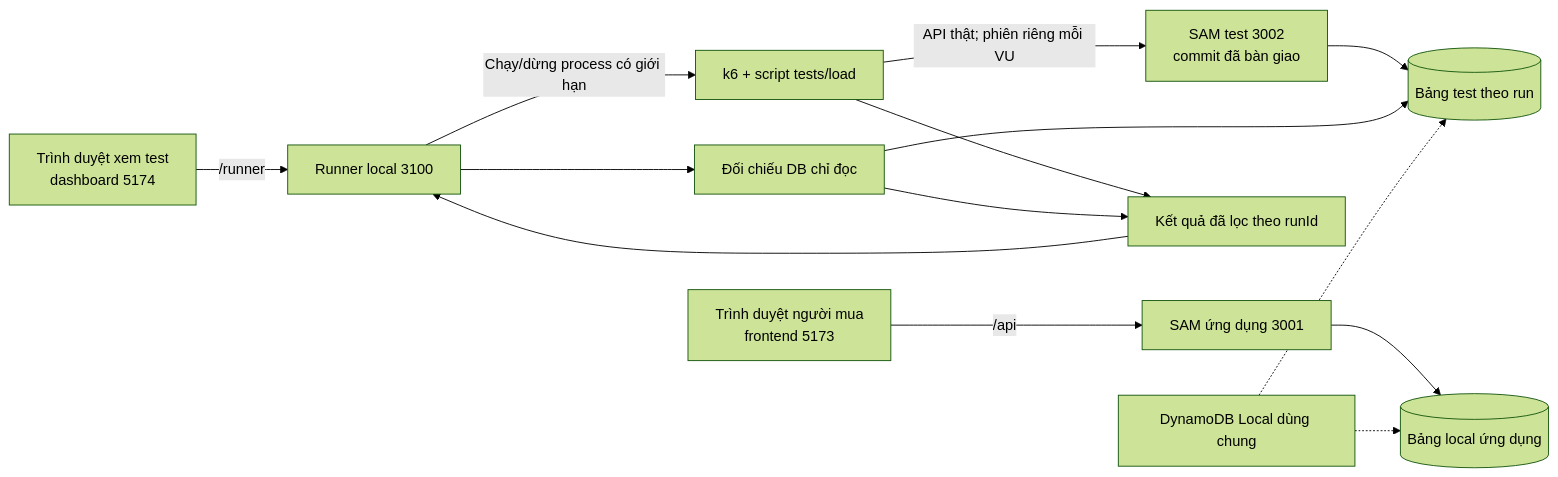
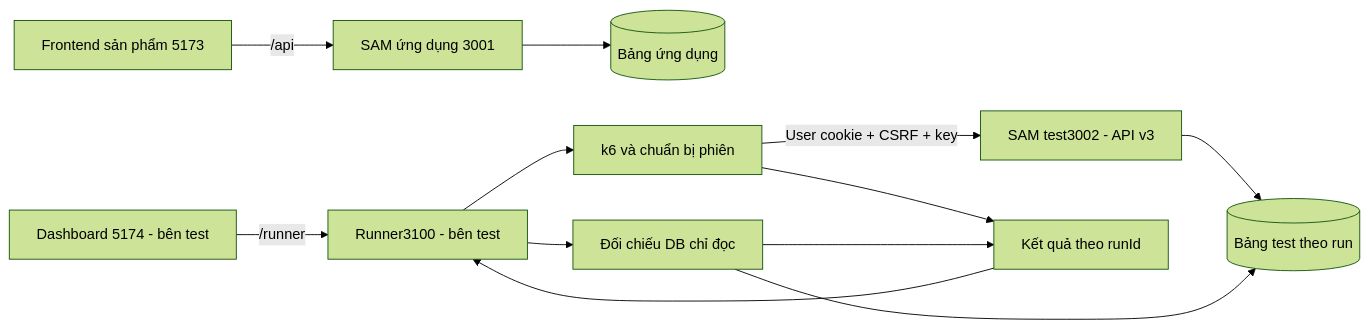
The diagram in quan-worklog/phoi-hop.md (leanhquan0211/FCAJ-23521254-23521225), drawn with Mermaid (forest theme) before and after one commit. The commit also changed other lines of this file and 54 other files, not shown here.

````diff
--- a/quan-worklog/phoi-hop.md
+++ b/quan-worklog/phoi-hop.md
@@ -79,16 +68,14 @@
 ```mermaid
 flowchart LR
-    Buyer[Trình duyệt người mua\nfrontend 5173] -->|/api| App[SAM ứng dụng 3001]
-    App --> MainDB[(Bảng local ứng dụng)]
-    Viewer[Trình duyệt xem test\ndashboard 5174] -->|/runner| Runner[Runner local 3100]
-    Runner -->|Chạy/dừng process có giới hạn| K6[k6 + script tests/load]
-    K6 -->|API thật; phiên riêng mỗi VU| TestApp[SAM test 3002\ncommit đã bàn giao]
-    TestApp --> TestDB[(Bảng test theo run)]
-    Runner --> Verify[Đối chiếu DB chỉ đọc]
-    Verify --> TestDB
-    K6 --> Results[Kết quả đã lọc theo runId]
-    Verify --> Results
-    Results --> Runner
-    DDB[DynamoDB Local dùng chung] -.-> MainDB
-    DDB -.-> TestDB
+  Buyer[Frontend sản phẩm 5173] -->|/api| App[SAM ứng dụng 3001]
+  App --> MainDB[(Bảng ứng dụng)]
+  Dashboard[Dashboard 5174 - bên test] -->|/runner| Runner[Runner3100 - bên test]
+  Runner --> K6[k6 và chuẩn bị phiên]
+  K6 -->|User cookie + CSRF + key| TestAPI[SAM test3002 - API v3]
+  TestAPI --> TestDB[(Bảng test theo run)]
+  Runner --> Audit[Đối chiếu DB chỉ đọc]
+  Audit --> TestDB
+  K6 --> Report[Kết quả theo runId]
+  Audit --> Report
+  Report --> Runner
 ```
````
